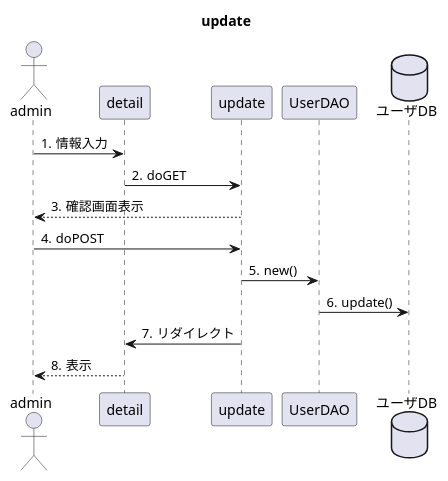
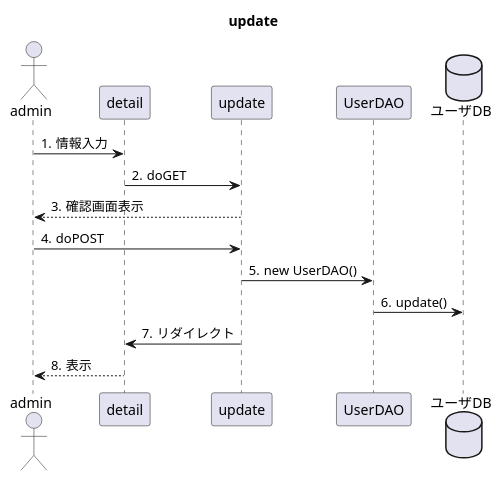
The diagram in uml_detail/seq_update.pu (toufu66/ProjectC), drawn with PlantUML before and after one commit.

Commit message:
軽微な修正

```diff
--- a/uml_detail/seq_update.pu
+++ b/uml_detail/seq_update.pu
@@ -1,22 +1,22 @@
 @startuml
 title update
 
 autonumber "#."
 
 actor admin
 participant detail
 participant update
 participant UserDAO
 database ユーザDB
 
 
 admin -> detail:情報入力
 detail -> update:doGET
 update --> admin:確認画面表示
 admin ->update:doPOST
-update -> UserDAO:new()
+update -> UserDAO:new UserDAO()
 UserDAO -> ユーザDB:update()
 
 update -> detail:リダイレクト
 detail --> admin:表示
 @enduml
```
